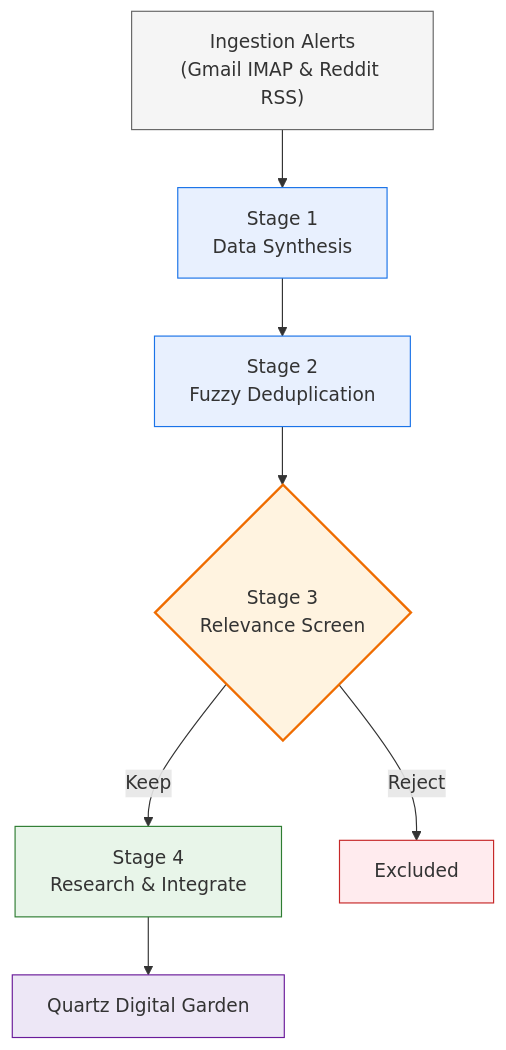
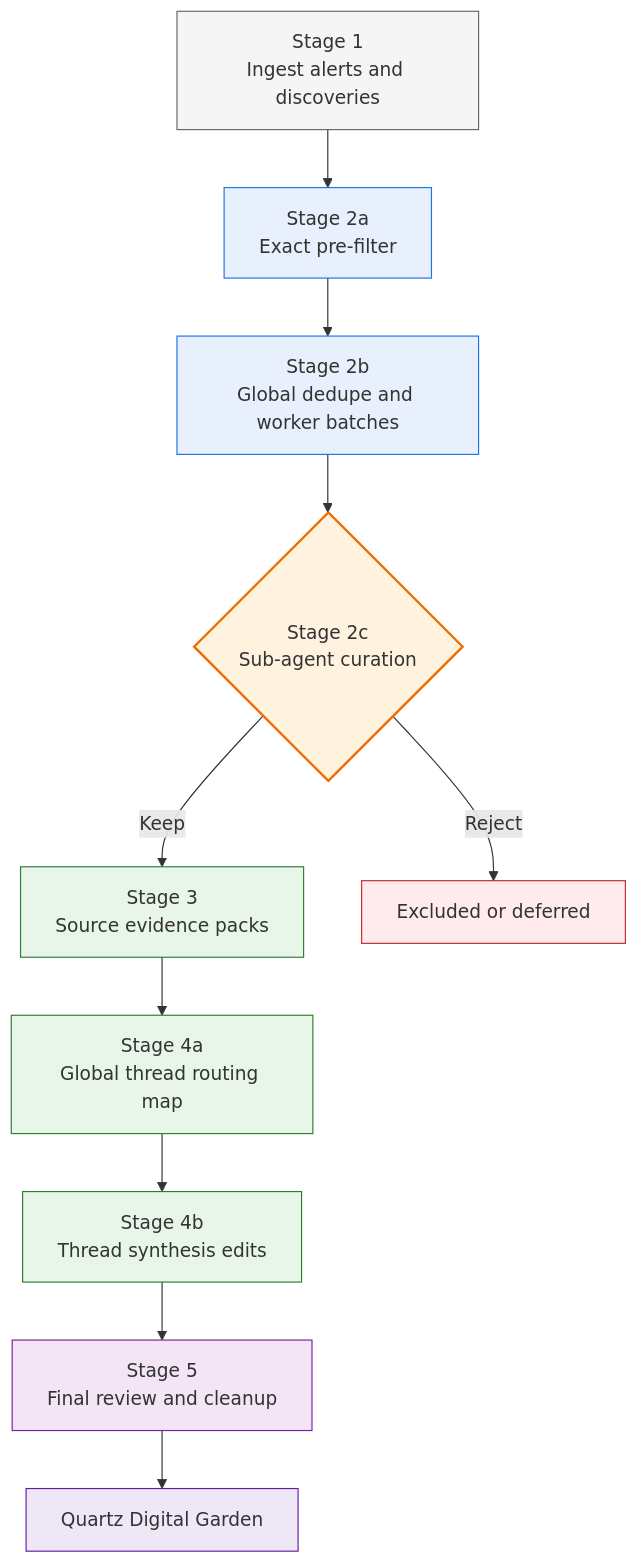
Before and after one commit to Hanneseh/ME-CFS-Research-Summaries: the diagram in README.md, drawn with Mermaid. The commit also changed other lines of this file and 1 other file, not shown here.

Commit message:
Document thread-first ingress workflow

````diff
--- a/README.md
+++ b/README.md
@@ -148,17 +148,23 @@
 ```mermaid
 flowchart TD
-    Ingest["Ingestion Alerts<br/>(Gmail IMAP & Reddit RSS)"] --> S1["Stage 1<br/>Data Synthesis"]
-    S1 --> S2["Stage 2<br/>Fuzzy Deduplication"]
-    S2 --> S3{"Stage 3<br/>Relevance Screen"}
-    S3 -- Keep --> S4["Stage 4<br/>Research & Integrate"]
-    S3 -- Reject --> Ex["Excluded"]
-    S4 --> Quartz["Quartz Digital Garden"]
+    Ingest["Stage 1<br/>Ingest alerts and discoveries"] --> Pre["Stage 2a<br/>Exact pre-filter"]
+    Pre --> Dedupe["Stage 2b<br/>Global dedupe and worker batches"]
+    Dedupe --> Curate{"Stage 2c<br/>Sub-agent curation"}
+    Curate -- Keep --> Packs["Stage 3<br/>Source evidence packs"]
+    Curate -- Reject --> Ex["Excluded or deferred"]
+    Packs --> Map["Stage 4a<br/>Global thread routing map"]
+    Map --> Threads["Stage 4b<br/>Thread synthesis edits"]
+    Threads --> Review["Stage 5<br/>Final review and cleanup"]
+    Review --> Quartz["Quartz Digital Garden"]
 
     style Ingest fill:#f5f5f5,stroke:#666,stroke-width:1px
-    style S1 fill:#e8f0fe,stroke:#1a73e8,stroke-width:1px
-    style S2 fill:#e8f0fe,stroke:#1a73e8,stroke-width:1px
-    style S3 fill:#fff3e0,stroke:#ef6c00,stroke-width:2px
-    style S4 fill:#e8f5e9,stroke:#2e7d32,stroke-width:1px
+    style Pre fill:#e8f0fe,stroke:#1a73e8,stroke-width:1px
+    style Dedupe fill:#e8f0fe,stroke:#1a73e8,stroke-width:1px
+    style Curate fill:#fff3e0,stroke:#ef6c00,stroke-width:2px
+    style Packs fill:#e8f5e9,stroke:#2e7d32,stroke-width:1px
+    style Map fill:#e8f5e9,stroke:#2e7d32,stroke-width:1px
+    style Threads fill:#e8f5e9,stroke:#2e7d32,stroke-width:1px
+    style Review fill:#f3e5f5,stroke:#7b1fa2,stroke-width:1px
     style Ex fill:#ffebee,stroke:#c62828,stroke-width:1px
     style Quartz fill:#ede7f6,stroke:#6a1b9a,stroke-width:1px
 ```
````
